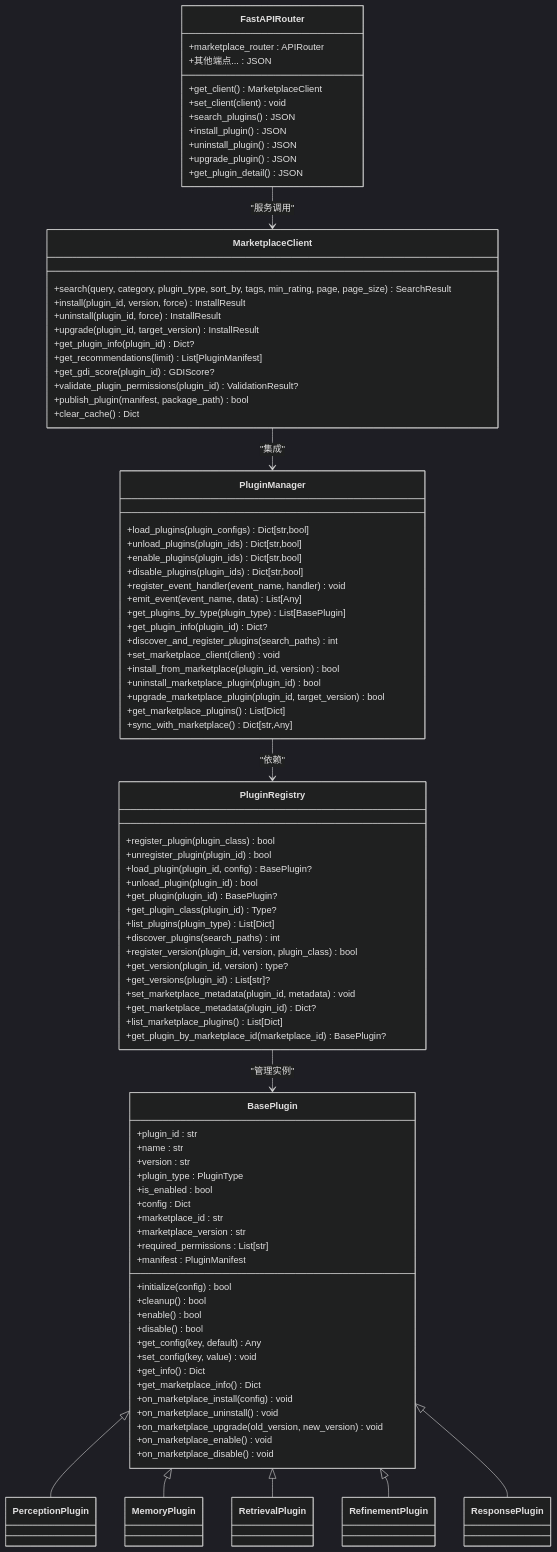
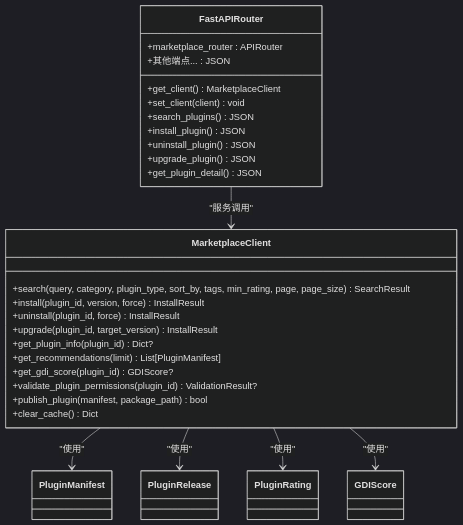
The second of 3 diagrams in .qoder/repowiki/zh/content/插件扩展系统/插件扩展系统.md (JieGaoPrinceton/NecoRAG), drawn with Mermaid (dark theme) before and after one commit. The commit also changed other lines of this file and 4 other files, not shown here.

````diff
--- a/.qoder/repowiki/zh/content/插件扩展系统/插件扩展系统.md
+++ b/.qoder/repowiki/zh/content/插件扩展系统/插件扩展系统.md
@@ -159,64 +138,5 @@
 ```mermaid
 classDiagram
-class BasePlugin {
-+plugin_id : str
-+name : str
-+version : str
-+plugin_type : PluginType
-+is_enabled : bool
-+config : Dict
-+marketplace_id : str
-+marketplace_version : str
-+required_permissions : List[str]
-+initialize(config) bool
-+cleanup() bool
-+enable() bool
-+disable() bool
-+get_config(key, default) Any
-+set_config(key, value) void
-+get_info() Dict
-+get_marketplace_info() Dict
-+manifest : PluginManifest
-+on_marketplace_install(config) void
-+on_marketplace_uninstall() void
-+on_marketplace_upgrade(old_version, new_version) void
-+on_marketplace_enable() void
-+on_marketplace_disable() void
-}
-class PluginRegistry {
-+register_plugin(plugin_class) bool
-+unregister_plugin(plugin_id) bool
-+load_plugin(plugin_id, config) BasePlugin?
-+unload_plugin(plugin_id) bool
-+get_plugin(plugin_id) BasePlugin?
-+get_plugin_class(plugin_id) Type?
-+list_plugins(plugin_type) List[Dict]
-+discover_plugins(search_paths) int
-+register_version(plugin_id, version, plugin_class) bool
-+get_version(plugin_id, version) type?
-+get_versions(plugin_id) List[str]?
-+set_marketplace_metadata(plugin_id, metadata) void
-+get_marketplace_metadata(plugin_id) Dict?
-+list_marketplace_plugins() List[Dict]
-+get_plugin_by_marketplace_id(marketplace_id) BasePlugin?
-}
-class PluginManager {
-+load_plugins(plugin_configs) Dict[str,bool]
-+unload_plugins(plugin_ids) Dict[str,bool]
-+enable_plugins(plugin_ids) Dict[str,bool]
-+disable_plugins(plugin_ids) Dict[str,bool]
-+register_event_handler(event_name, handler) void
-+emit_event(event_name, data) List[Any]
-+get_plugins_by_type(plugin_type) List[BasePlugin]
-+get_plugin_info(plugin_id) Dict?
-+discover_and_register_plugins(search_paths) int
-+set_marketplace_client(client) void
-+install_from_marketplace(plugin_id, version) bool
-+uninstall_marketplace_plugin(plugin_id) bool
-+upgrade_marketplace_plugin(plugin_id, target_version) bool
-+get_marketplace_plugins() List[Dict]
-+sync_with_marketplace() Dict[str,Any]
-}
 class MarketplaceClient {
 +search(query, category, plugin_type, sort_by, tags, min_rating, page, page_size) SearchResult
 +install(plugin_id, version, force) InstallResult
@@ -240,13 +160,9 @@
 +get_plugin_detail() JSON
 +其他端点... : JSON
 }
-BasePlugin <|-- PerceptionPlugin
-BasePlugin <|-- MemoryPlugin
-BasePlugin <|-- RetrievalPlugin
-BasePlugin <|-- RefinementPlugin
-BasePlugin <|-- ResponsePlugin
-PluginRegistry --> BasePlugin : "管理实例"
-PluginManager --> PluginRegistry : "依赖"
-MarketplaceClient --> PluginManager : "集成"
+MarketplaceClient --> PluginManifest : "使用"
+MarketplaceClient --> PluginRelease : "使用"
+MarketplaceClient --> PluginRating : "使用"
+MarketplaceClient --> GDIScore : "使用"
 FastAPIRouter --> MarketplaceClient : "服务调用"
 ```
````
